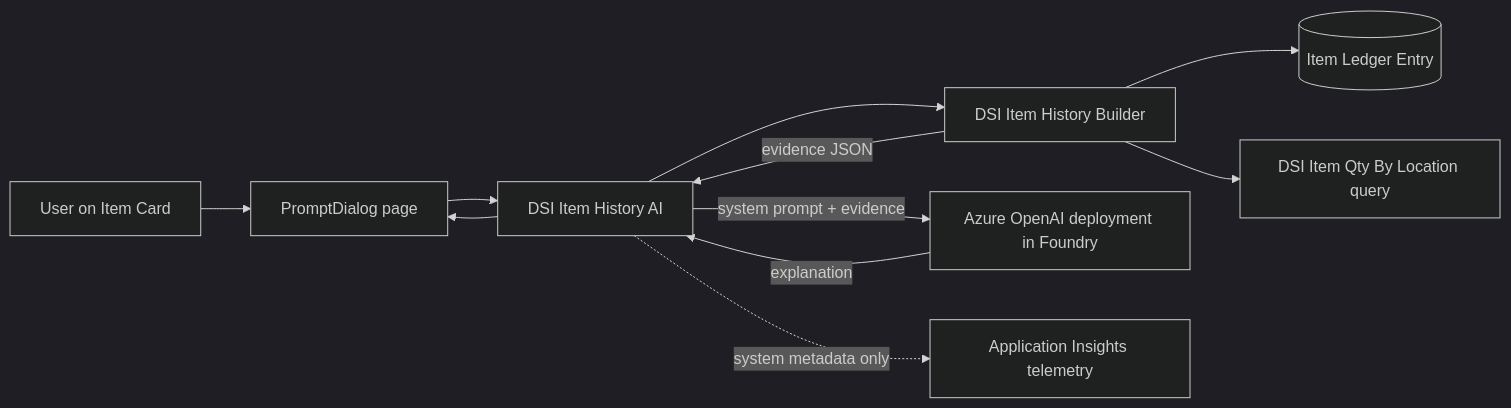
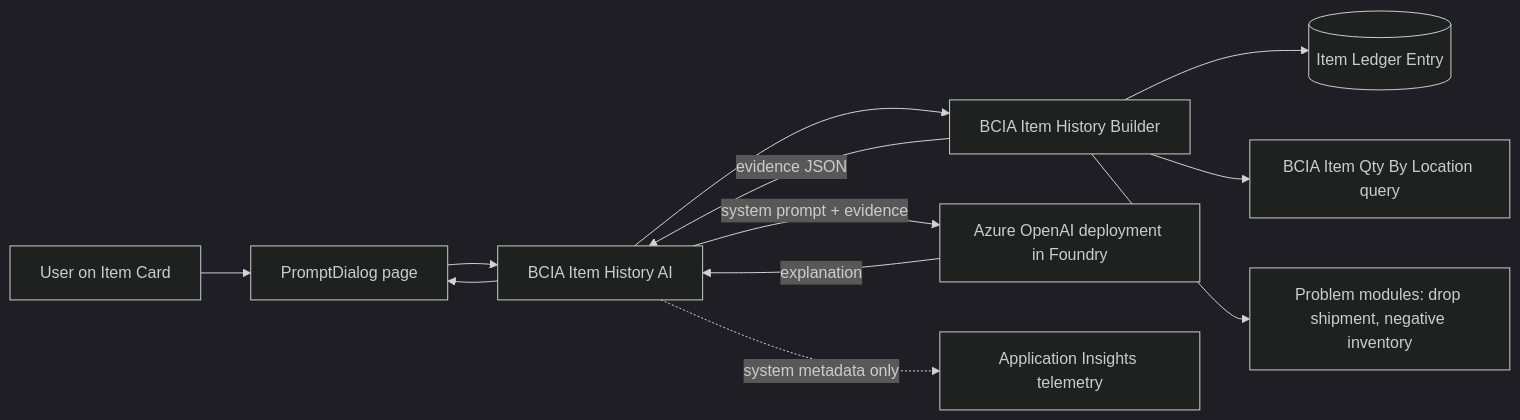
One commit to andrecavalcanti/bc-item-history-copilot changed the diagram in README.md. Above: the diagram before and after it, drawn with Mermaid (dark theme). The commit also changed other lines of this file and 47 other files, not shown here.

````diff
--- a/README.md
+++ b/README.md
@@ -38,13 +50,14 @@
 ```mermaid
 flowchart LR
     U[User on Item Card] --> P[PromptDialog page]
-    P --> AI[DSI Item History AI]
-    AI --> B[DSI Item History Builder]
+    P --> AI[BCIA Item History AI]
+    AI --> B[BCIA Item History Builder]
     B --> ILE[(Item Ledger Entry)]
-    B --> Q[DSI Item Qty By Location query]
+    B --> Q[BCIA Item Qty By Location query]
+    B --> M[Problem modules: drop shipment, negative inventory]
     B -- evidence JSON --> AI
     AI -- system prompt + evidence --> AOAI[Azure OpenAI deployment in Foundry]
     AOAI -- explanation --> AI
     AI --> P
     AI -. system metadata only .-> T[Application Insights telemetry]
 ```
````
